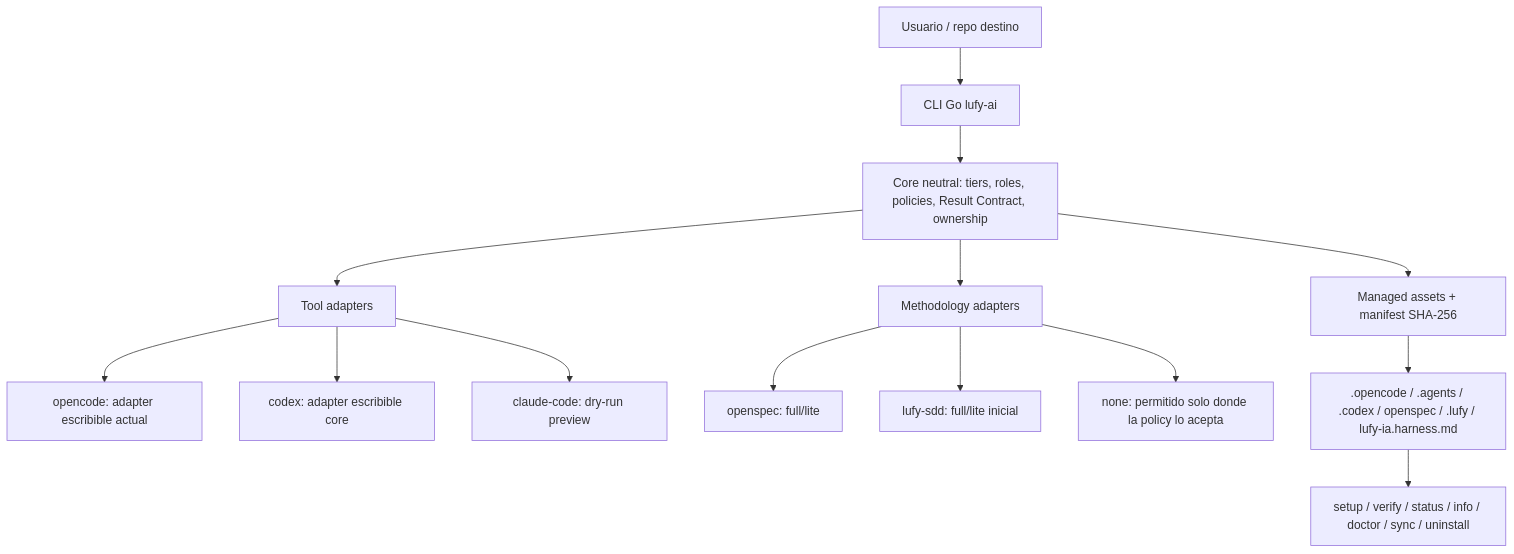
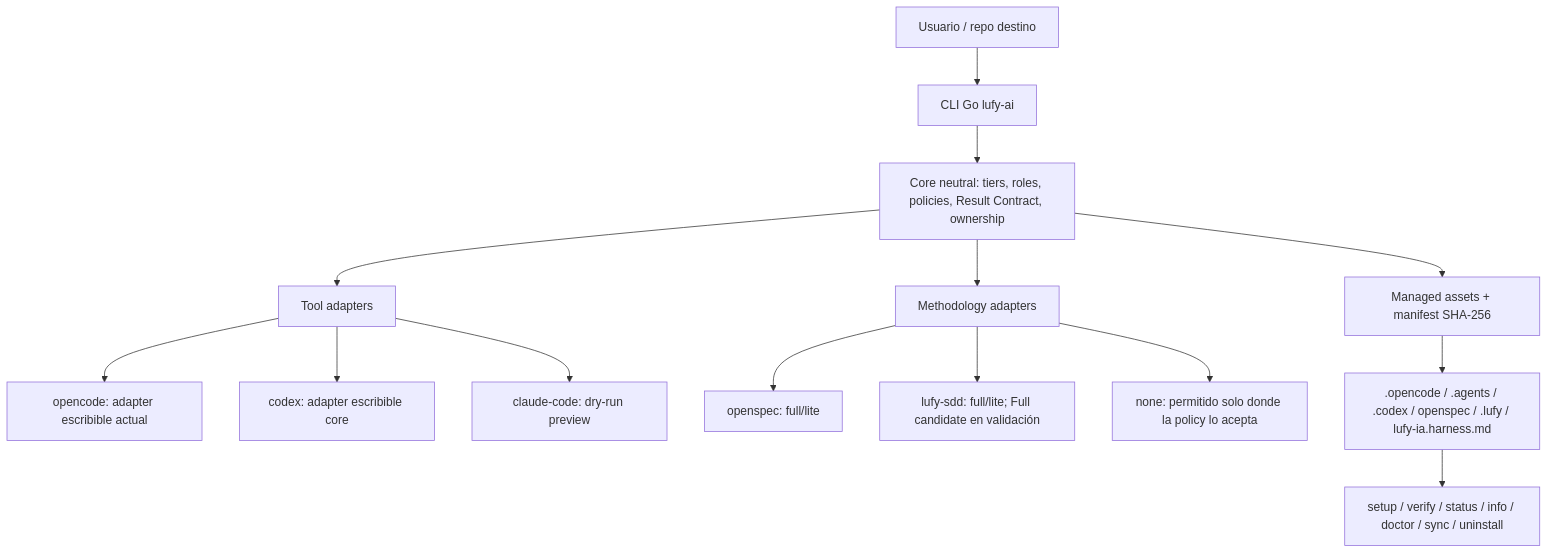
The first of 2 diagrams in README.md (adrotech/lufy-ai), drawn with Mermaid before and after one commit. The commit also changed other lines of this file and 130 other files, not shown here.

First line of the commit message:
fix(delivery): habilita PR de Lufy SDD full (#206)

````diff
--- a/README.md
+++ b/README.md
@@ -152,19 +152,19 @@
 ```mermaid
 flowchart TD
     U["Usuario / repo destino"] --> CLI["CLI Go lufy-ai"]
     CLI --> Core["Core neutral: tiers, roles, policies, Result Contract, ownership"]
     Core --> Tool["Tool adapters"]
     Core --> Meth["Methodology adapters"]
     Core --> Assets["Managed assets + manifest SHA-256"]
 
     Tool --> OC["opencode: adapter escribible actual"]
     Tool --> CX["codex: adapter escribible core"]
     Tool --> CC["claude-code: dry-run preview"]
 
     Meth --> OS["openspec: full/lite"]
-    Meth --> LS["lufy-sdd: full/lite inicial"]
+    Meth --> LS["lufy-sdd: full/lite; Full candidate en validación"]
     Meth --> NN["none: permitido solo donde la policy lo acepta"]
 
     Assets --> Target[".opencode / .agents / .codex / openspec / .lufy / lufy-ia.harness.md"]
     Target --> Verify["setup / verify / status / info / doctor / sync / uninstall"]
 ```
````
